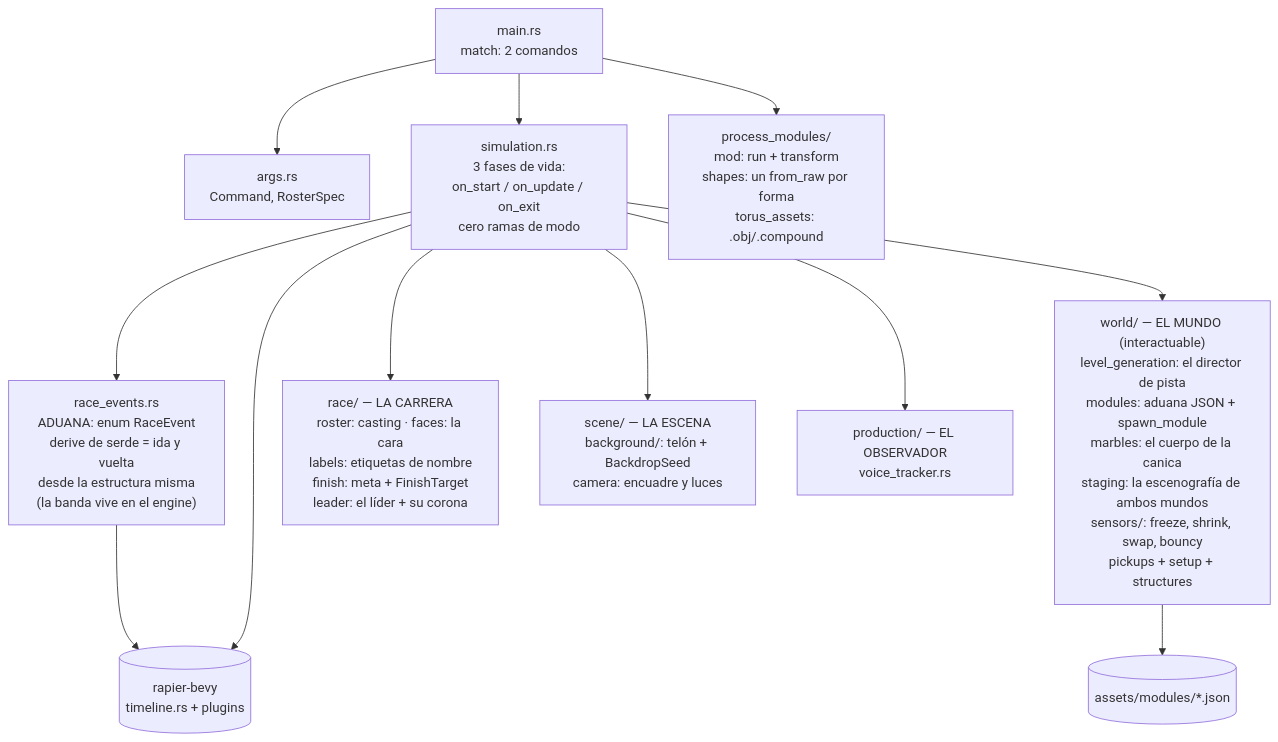
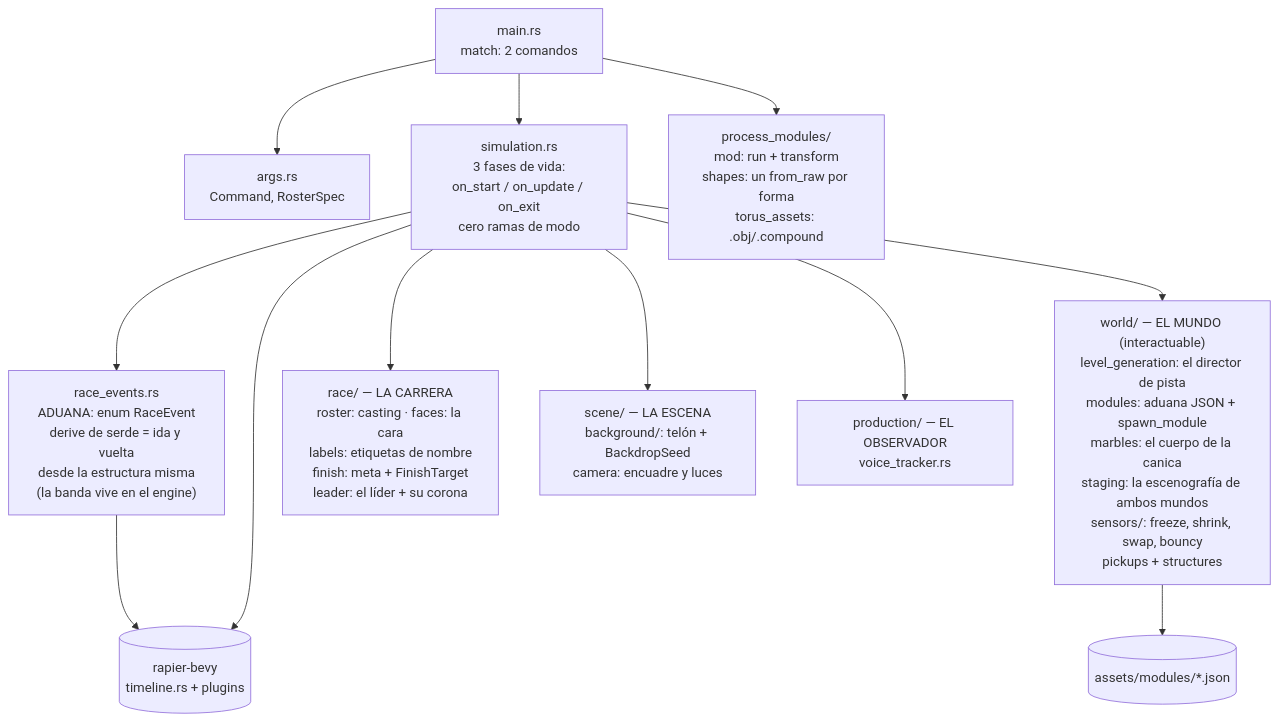
Before and after one commit to jesusgomeznuz/canicasbrawl-rapier: the fifth of 5 diagrams in docs/flow.md, drawn with Mermaid. The commit also changed other lines of this file and 6 other files, not shown here.

````diff
--- a/docs/flow.md
+++ b/docs/flow.md
@@ -88,16 +88,16 @@
 ```mermaid
 flowchart TD
     main["main.rs<br/>match: 2 comandos"] --> args["args.rs<br/>Command, RosterSpec"]
     main --> sim["simulation.rs<br/>3 fases de vida:<br/>on_start / on_update / on_exit<br/>cero ramas de modo"]
     main --> pm["process_modules/<br/>mod: run + transform<br/>shapes: un from_raw por forma<br/>torus_assets: .obj/.compound"]
 
     sim --> aduana["race_events.rs<br/>ADUANA: enum RaceEvent<br/>derive de serde = ida y vuelta<br/>desde la estructura misma<br/>(la banda vive en el engine)"]
-    sim --> worlddir["world/ — EL MUNDO (interactuable)<br/>level_generation: el director de pista<br/>modules: aduana JSON + spawn_module<br/>marbles: el cuerpo de la canica<br/>staging: la escenografía de ambos mundos<br/>sensors/: freeze, shrink, swap, bouncy<br/>pickups + setup + structures"]
+    sim --> worlddir["world/ — EL MUNDO (interactuable)<br/>level_generation: el director de pista<br/>modules: aduana JSON + spawn_module<br/>marbles: el cuerpo de la canica<br/>staging: la escenografía de ambos mundos<br/>sensors/: freeze, shrink, swap, bouncy<br/>pickups + structures"]
     sim --> racedir["race/ — LA CARRERA<br/>roster: casting · faces: la cara<br/>labels: etiquetas de nombre<br/>finish: meta + FinishTarget<br/>leader: el líder + su corona"]
     sim --> scenedir["scene/ — LA ESCENA<br/>background/: telón + BackdropSeed<br/>camera: encuadre y luces"]
     sim --> tracker["production/ — EL OBSERVADOR<br/>voice_tracker.rs"]
 
     worlddir --> ModulesJSON[("assets/modules/*.json")]
     aduana --> engine[("rapier-bevy<br/>timeline.rs + plugins")]
     sim --> engine
 ```
````
